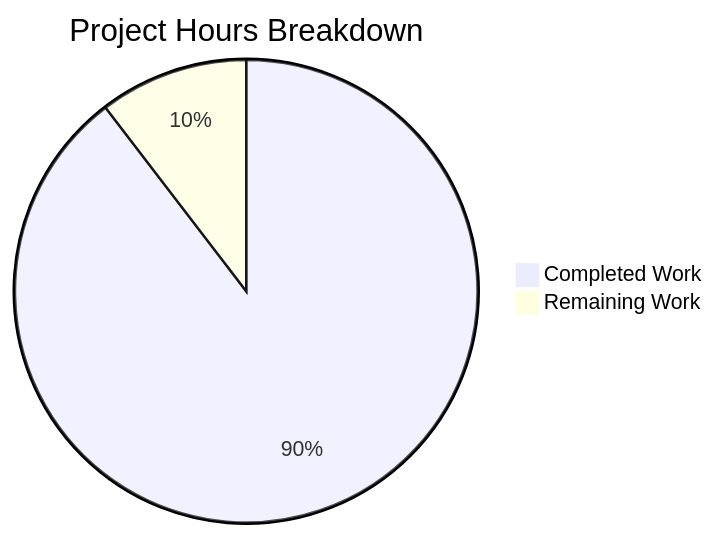
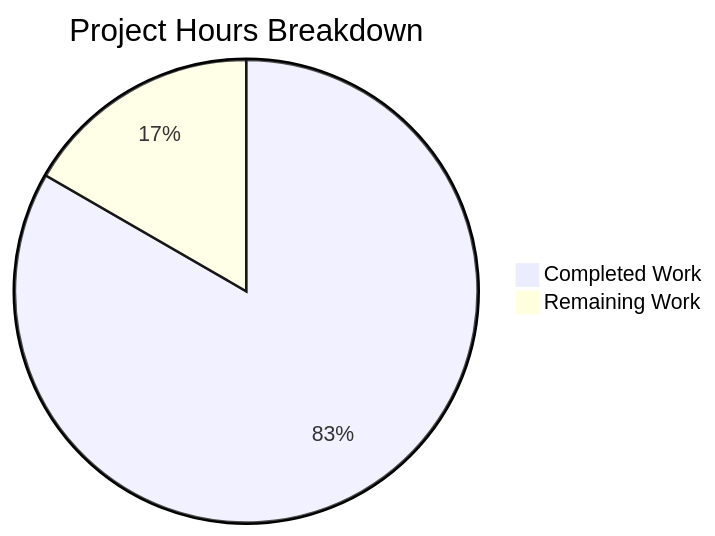
The second of 2 diagrams in blitzy/documentation/Project Guide.md (Blitzy-Sandbox/blitzy-RudderStack), drawn with Mermaid before and after one commit. The commit also changed other lines of this file, not shown here.

Commit message:
Adding Blitzy Project Guide: Project Status and Human Tasks Remaining

````diff
--- a/blitzy/documentation/Project Guide.md
+++ b/blitzy/documentation/Project Guide.md
@@ -212,5 +202,5 @@
 ```mermaid
 pie title Project Hours Breakdown
-    "Completed Work" : 155
-    "Remaining Work" : 18
+    "Completed Work" : 105
+    "Remaining Work" : 21
 ```
````
